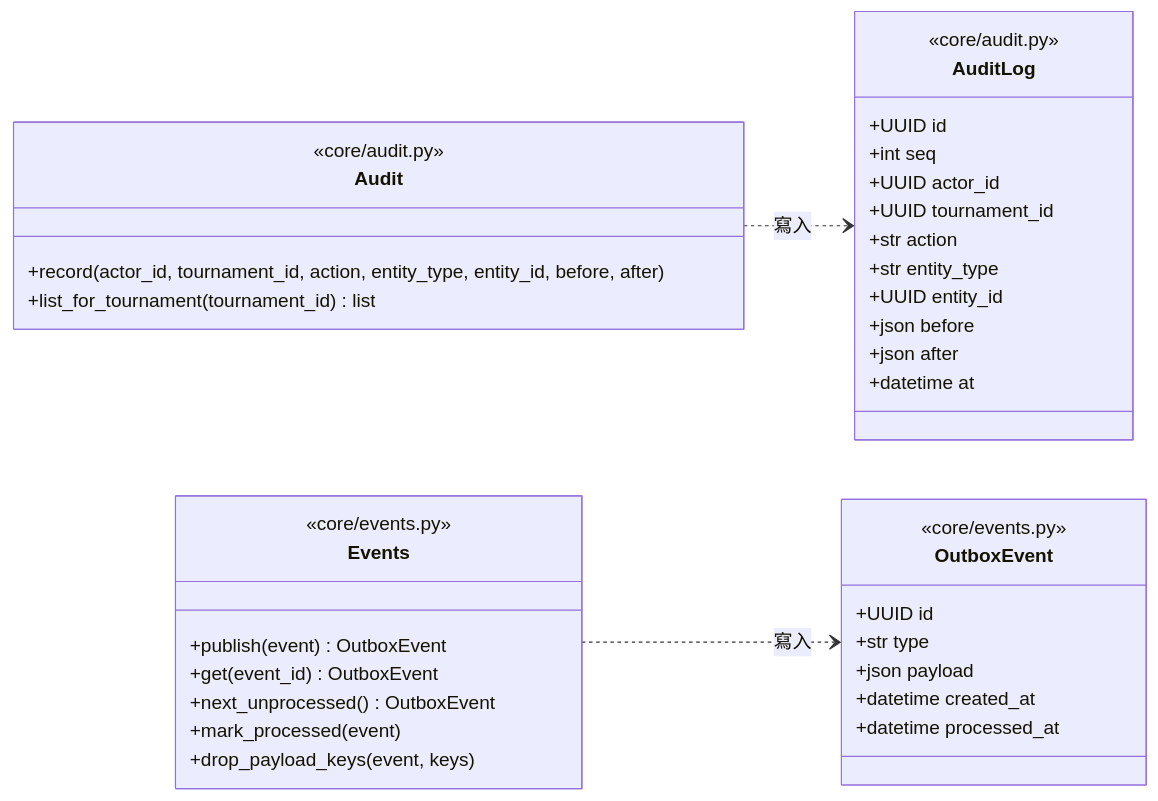
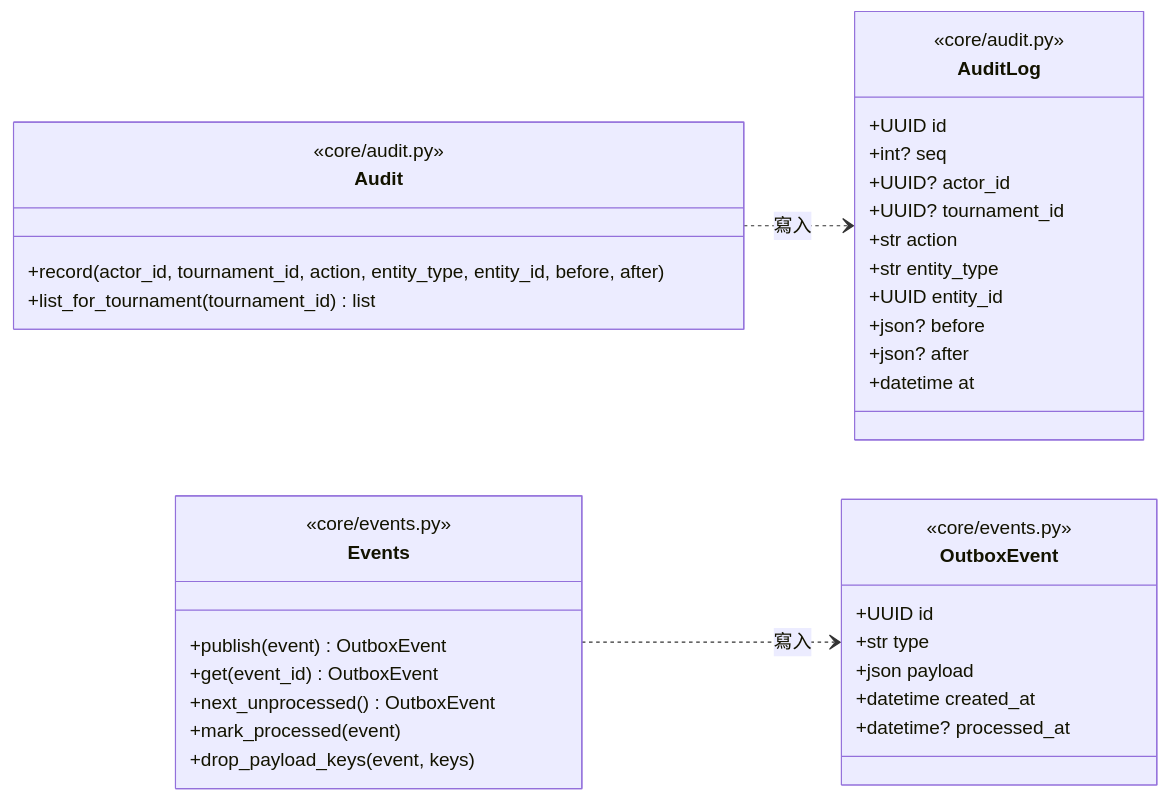
One commit to Team14good/esport-platform changed the second of 15 diagrams in docs/midterm/D-物件設計文件.md. Above: the diagram before and after it, drawn with Mermaid. The commit also changed other lines of this file and 23 other files, not shown here.

First line of the commit message:
docs: 依 PR #92 審查修正 B、C、D 的圖與程式標註

````diff
--- a/docs/midterm/D-物件設計文件.md
+++ b/docs/midterm/D-物件設計文件.md
@@ -80,40 +81,40 @@
 ```mermaid
 classDiagram
   direction LR
   class AuditLog {
     <<core/audit.py>>
     +UUID id
-    +int seq
-    +UUID actor_id
-    +UUID tournament_id
+    +int? seq
+    +UUID? actor_id
+    +UUID? tournament_id
     +str action
     +str entity_type
     +UUID entity_id
-    +json before
-    +json after
+    +json? before
+    +json? after
     +datetime at
   }
   class OutboxEvent {
     <<core/events.py>>
     +UUID id
     +str type
     +json payload
     +datetime created_at
-    +datetime processed_at
+    +datetime? processed_at
   }
   class Audit {
     <<core/audit.py>>
     +record(actor_id, tournament_id, action, entity_type, entity_id, before, after)
     +list_for_tournament(tournament_id) list
   }
   class Events {
     <<core/events.py>>
     +publish(event) OutboxEvent
     +get(event_id) OutboxEvent
     +next_unprocessed() OutboxEvent
     +mark_processed(event)
     +drop_payload_keys(event, keys)
   }
   Audit ..> AuditLog : 寫入
   Events ..> OutboxEvent : 寫入
 ```
````
